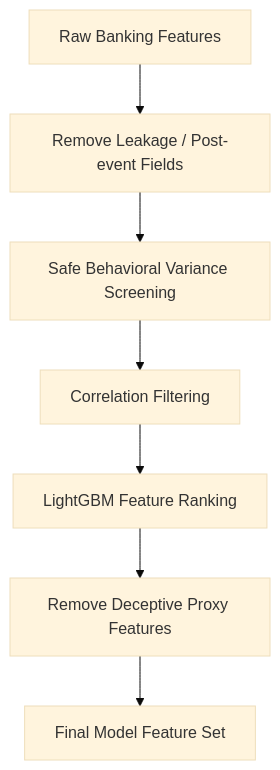
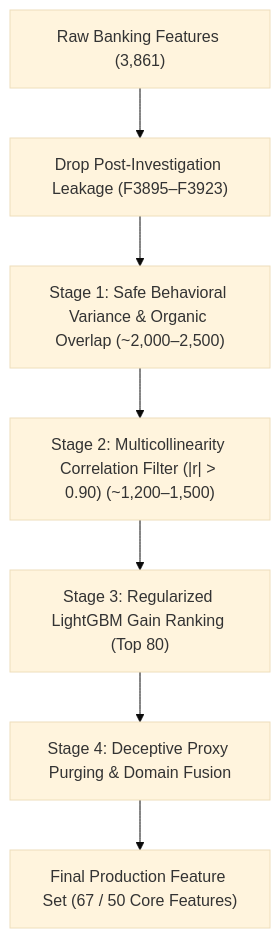
One commit to gargijoshi9/BOI changed the second of 11 diagrams in README.md. Above: the diagram before and after it, drawn with Mermaid (base theme). The commit also changed other lines of this file and 4 other files, not shown here.

````diff
--- a/README.md
+++ b/README.md
@@ -74,9 +80,9 @@
 ```mermaid
 flowchart TD
-    A[Raw Banking Features] --> B[Remove Leakage / Post-event Fields]
-    B --> C[Safe Behavioral Variance Screening]
-    C --> D[Correlation Filtering]
-    D --> E[LightGBM Feature Ranking]
-    E --> F[Remove Deceptive Proxy Features]
-    F --> G[Final Model Feature Set]
+    A["Raw Banking Features (3,861)"] --> B["Drop Post-Investigation Leakage (F3895–F3923)"]
+    B --> C["Stage 1: Safe Behavioral Variance & Organic Overlap (~2,000–2,500)"]
+    C --> D["Stage 2: Multicollinearity Correlation Filter (|r| > 0.90) (~1,200–1,500)"]
+    D --> E["Stage 3: Regularized LightGBM Gain Ranking (Top 80)"]
+    E --> F["Stage 4: Deceptive Proxy Purging & Domain Fusion"]
+    F --> G["Final Production Feature Set (67 / 50 Core Features)"]
 ```
````
